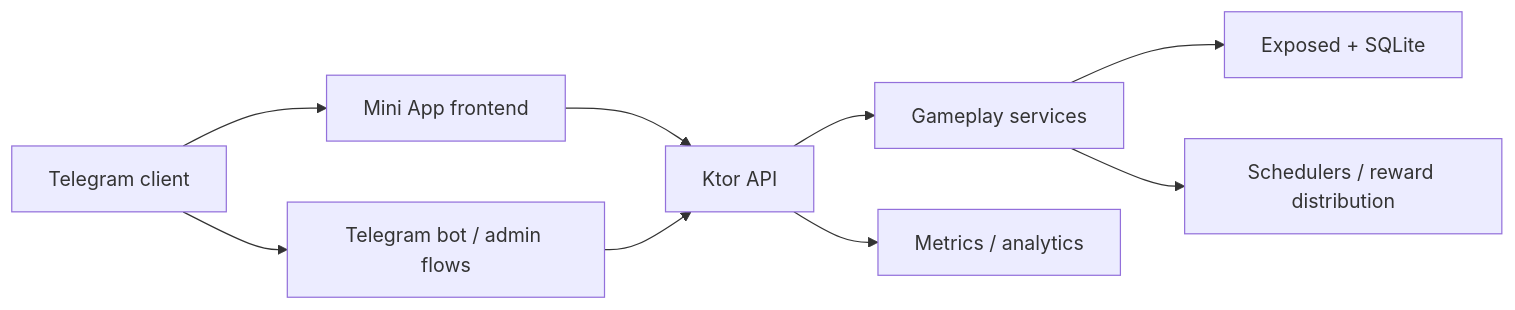
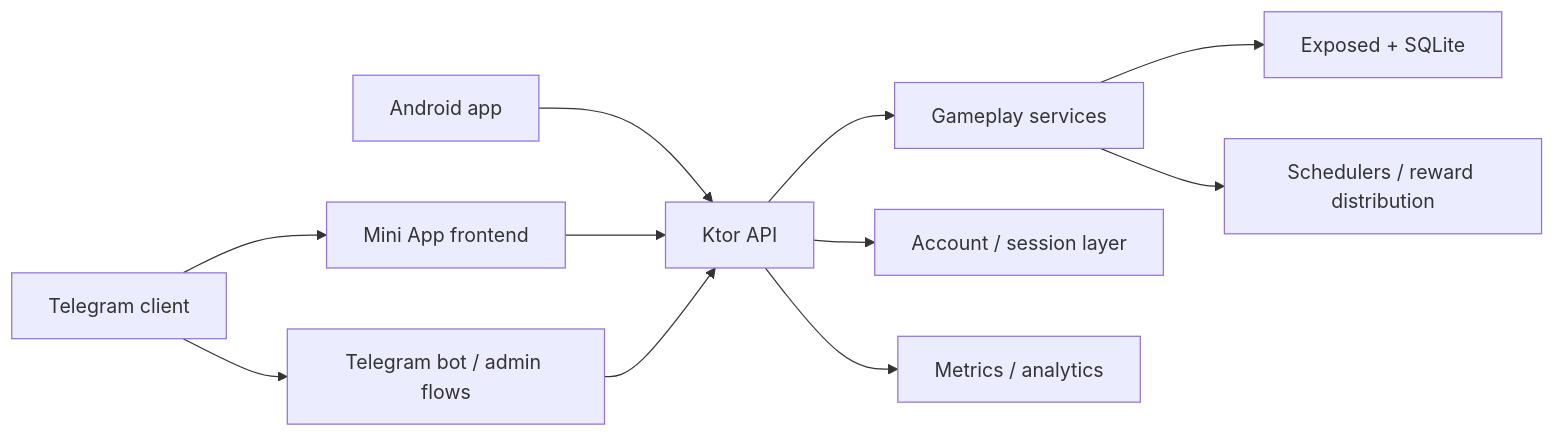
Before and after one commit to anry88/RiverKing: the diagram in README.md, drawn with Mermaid. The commit also changed other lines of this file and 41 other files, not shown here.

````diff
--- a/README.md
+++ b/README.md
@@ -49,11 +53,13 @@
 ```mermaid
 flowchart LR
     A["Telegram client"] --> B["Mini App frontend"]
     A --> C["Telegram bot / admin flows"]
+    I["Android app"] --> D
     B --> D["Ktor API"]
     C --> D
     D --> E["Gameplay services"]
+    D --> J["Account / session layer"]
     E --> F["Exposed + SQLite"]
     D --> G["Metrics / analytics"]
     E --> H["Schedulers / reward distribution"]
 ```
````
